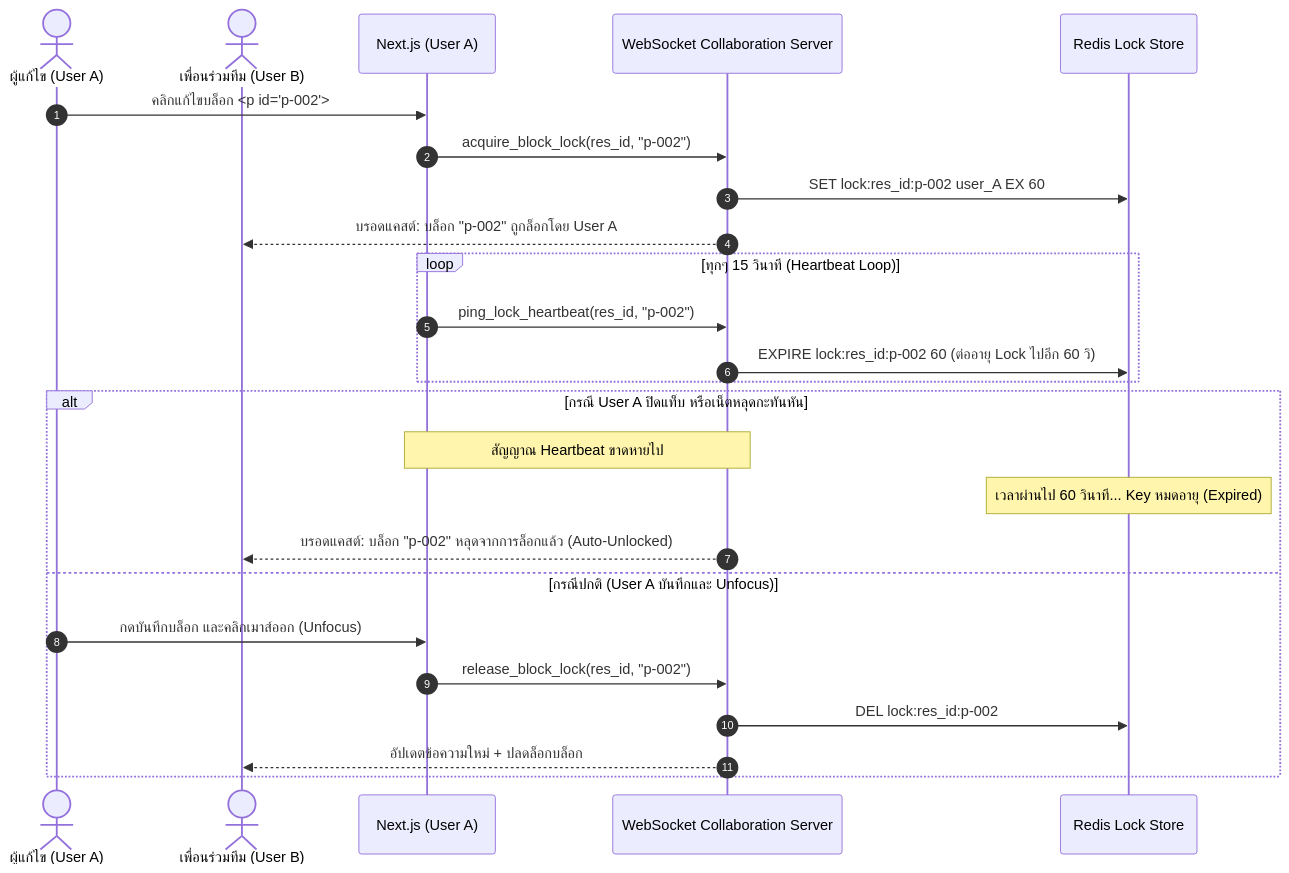
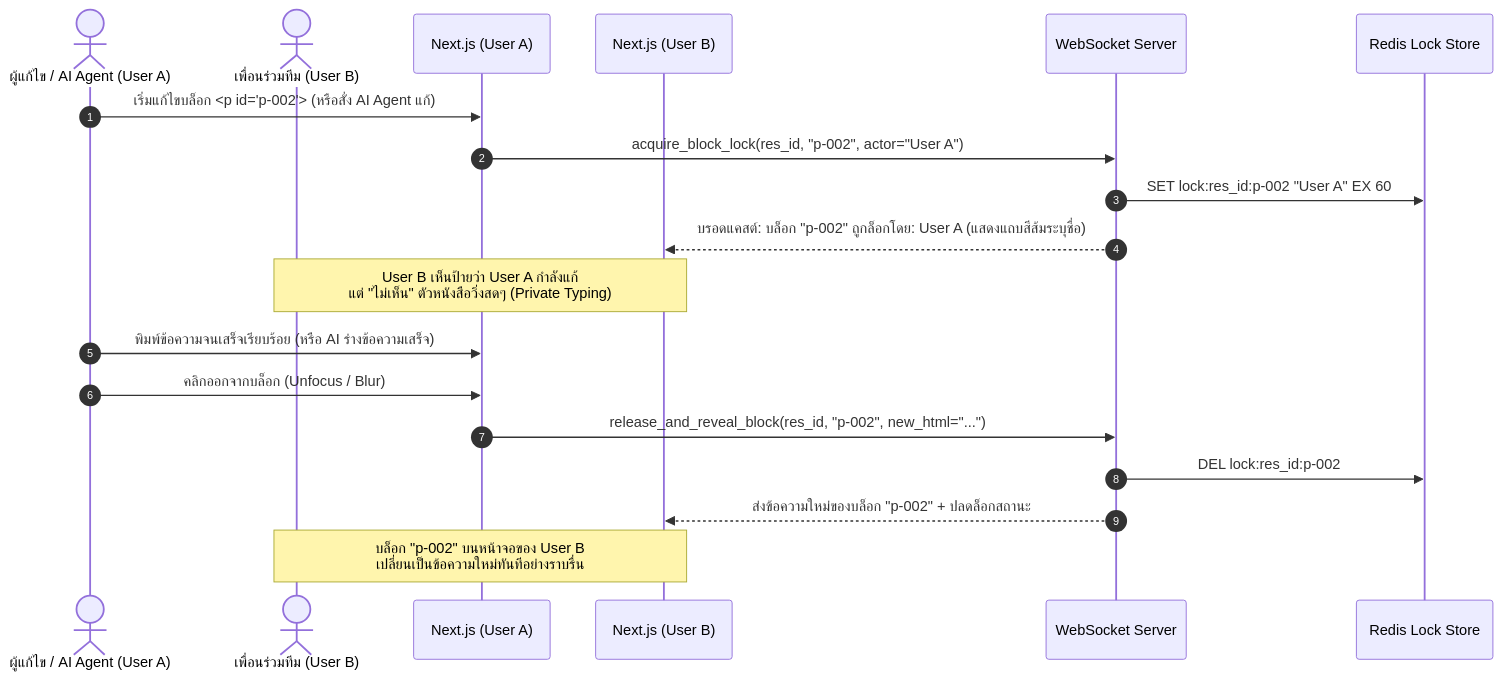
One commit to kelsonwinith/app.projectP changed the first of 4 diagrams in docs/02_USER_JOURNEY_AND_FLOWS.md. Above: the diagram before and after it, drawn with Mermaid. The commit also changed other lines of this file and 6 other files, not shown here.

````diff
--- a/docs/02_USER_JOURNEY_AND_FLOWS.md
+++ b/docs/02_USER_JOURNEY_AND_FLOWS.md
@@ -9,30 +9,26 @@
 ```mermaid
 sequenceDiagram
     autonumber
-    actor UserA as ผู้แก้ไข (User A)
+    actor UserA as ผู้แก้ไข / AI Agent (User A)
     actor UserB as เพื่อนร่วมทีม (User B)
     participant UI_A as Next.js (User A)
-    participant WS as WebSocket Collaboration Server
+    participant UI_B as Next.js (User B)
+    participant WS as WebSocket Server
     participant Redis as Redis Lock Store
 
-    UserA->>UI_A: คลิกแก้ไขบล็อก <p id="p-002">
-    UI_A->>WS: acquire_block_lock(res_id, "p-002")
-    WS->>Redis: SET lock:res_id:p-002 user_A EX 60
-    WS-->>UserB: บรอดแคสต์: บล็อก "p-002" ถูกล็อกโดย User A
+    UserA->>UI_A: เริ่มแก้ไขบล็อก <p id="p-002"> (หรือสั่ง AI Agent แก้)
+    UI_A->>WS: acquire_block_lock(res_id, "p-002", actor="User A")
+    WS->>Redis: SET lock:res_id:p-002 "User A" EX 60
+    WS-->>UI_B: บรอดแคสต์: บล็อก "p-002" ถูกล็อกโดย: User A (แสดงแถบสีส้มระบุชื่อ)
+    
+    Note over UI_B,UserB: User B เห็นป้ายว่า User A กำลังแก้<br/>แต่ "ไม่เห็น" ตัวหนังสือวิ่งสดๆ (Private Typing)
 
-    loop ทุกๆ 15 วินาที (Heartbeat Loop)
-        UI_A->>WS: ping_lock_heartbeat(res_id, "p-002")
-        WS->>Redis: EXPIRE lock:res_id:p-002 60 (ต่ออายุ Lock ไปอีก 60 วิ)
-    end
-
-    alt กรณี User A ปิดแท็บ หรือเน็ตหลุดกะทันหัน
-        Note over UI_A,WS: สัญญาณ Heartbeat ขาดหายไป
-        Note over Redis: เวลาผ่านไป 60 วินาที... Key หมดอายุ (Expired)
-        WS-->>UserB: บรอดแคสต์: บล็อก "p-002" หลุดจากการล็อกแล้ว (Auto-Unlocked)
-    else กรณีปกติ (User A บันทึกและ Unfocus)
-        UserA->>UI_A: กดบันทึกบล็อก และคลิกเมาส์ออก (Unfocus)
-        UI_A->>WS: release_block_lock(res_id, "p-002")
-        WS->>Redis: DEL lock:res_id:p-002
-        WS-->>UserB: อัปเดตข้อความใหม่ + ปลดล็อกบล็อก
-    end
+    UserA->>UI_A: พิมพ์ข้อความจนเสร็จเรียบร้อย (หรือ AI ร่างข้อความเสร็จ)
+    UserA->>UI_A: คลิกออกจากบล็อก (Unfocus / Blur)
+    
+    UI_A->>WS: release_and_reveal_block(res_id, "p-002", new_html="...")
+    WS->>Redis: DEL lock:res_id:p-002
+    WS-->>UI_B: ส่งข้อความใหม่ของบล็อก "p-002" + ปลดล็อกสถานะ
+    
+    Note over UI_B,UserB: บล็อก "p-002" บนหน้าจอของ User B<br/>เปลี่ยนเป็นข้อความใหม่ทันทีอย่างราบรื่น
 ```
````
